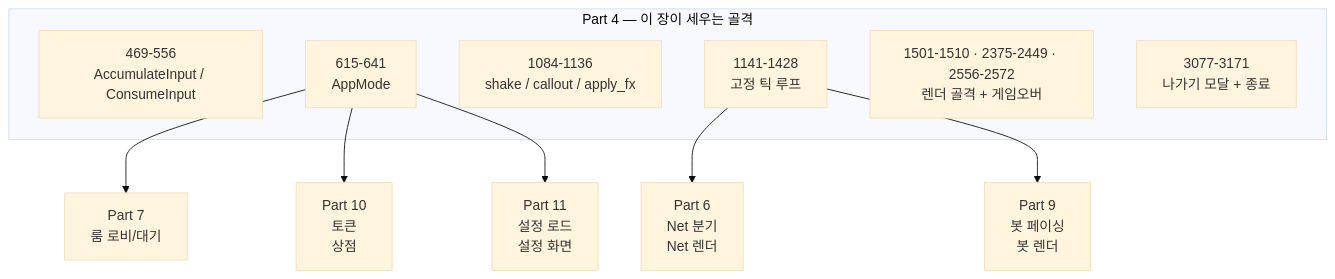
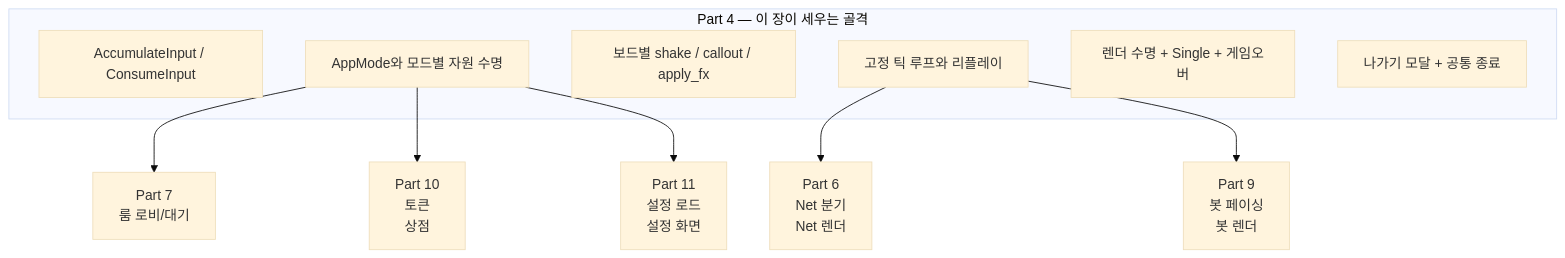
The first of 12 diagrams in docs/blog/part4-game-wrapper-and-loop.md (Rein-ArXiv/Tetris-Multiplayer-RL), drawn with Mermaid (base theme) before and after one commit. The commit also changed other lines of this file and 34 other files, not shown here.

````diff
--- a/docs/blog/part4-game-wrapper-and-loop.md
+++ b/docs/blog/part4-game-wrapper-and-loop.md
@@ -77,16 +51,16 @@
 ```mermaid
 graph TB
     subgraph P4["Part 4 — 이 장이 세우는 골격"]
-        IN["469-556<br/>AccumulateInput / ConsumeInput"]
-        MODE["615-641<br/>AppMode"]
-        FX["1084-1136<br/>shake / callout / apply_fx"]
-        LOOP["1141-1428<br/>고정 틱 루프"]
-        RND["1501-1510 · 2375-2449 · 2556-2572<br/>렌더 골격 + 게임오버"]
-        MODAL["3077-3171<br/>나가기 모달 + 종료"]
+        IN["AccumulateInput / ConsumeInput"]
+        MODE["AppMode와 모드별 자원 수명"]
+        FX["보드별 shake / callout / apply_fx"]
+        LOOP["고정 틱 루프와 리플레이"]
+        RND["렌더 수명 + Single + 게임오버"]
+        MODAL["나가기 모달 + 공통 종료"]
     end
     LOOP --> P6["Part 6<br/>Net 분기<br/>Net 렌더"]
     LOOP --> P9["Part 9<br/>봇 페이싱<br/>봇 렌더"]
     MODE --> P7["Part 7<br/>룸 로비/대기"]
     MODE --> P10["Part 10<br/>토큰<br/>상점"]
     MODE --> P11["Part 11<br/>설정 로드<br/>설정 화면"]
 ```
````
